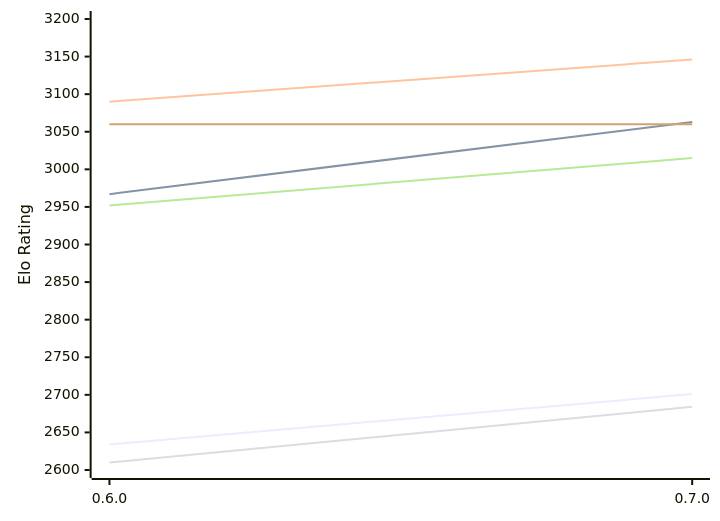
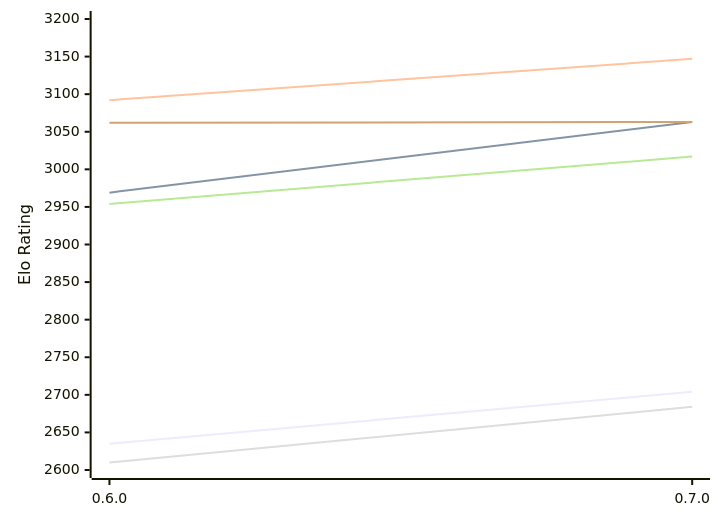
The first of 2 diagrams in engines/AteNika.md (computer-chess-index/cci), drawn with Mermaid before and after one commit. The commit also changed other lines of this file, not shown here.

Commit message:
Update CCI Ratings (ELO VLTC) - 2026-11-27

````diff
--- a/engines/AteNika.md
+++ b/engines/AteNika.md
@@ -52,12 +52,12 @@
 ```mermaid
 %%{init: {"theme":"base","themeVariables":{"seriesColors:['#a3a3a3','#222221','#faa371']}}}%%
 xychart-beta
   x-axis ["0.6.0", "0.7.0"]
   y-axis "Elo Rating" 2600 --> 3200
-  line "E1: STC (8.0+0.08s)" [2634, 2701]
-  line "E1: LTC (60.0+0.60s)" [2967, 3063]
-  line "E1: VLTC (2m24s+1.12s)" [3090, 3146]
+  line "E1: STC (8.0+0.08s)" [2635, 2704]
+  line "E1: LTC (60.0+0.60s)" [2969, 3063]
+  line "E1: VLTC (2m24s+1.12s)" [3092, 3147]
   line "P1: STC (8.0+0.08s)" [2610, 2684]
-  line "P1: LTC (60.0+0.60s)" [2952, 3015]
-  line "P1: VLTC (2m24s+1.12s)" [3060, 3060]
+  line "P1: LTC (60.0+0.60s)" [2954, 3017]
+  line "P1: VLTC (2m24s+1.12s)" [3062, 3063]
 ```
````
